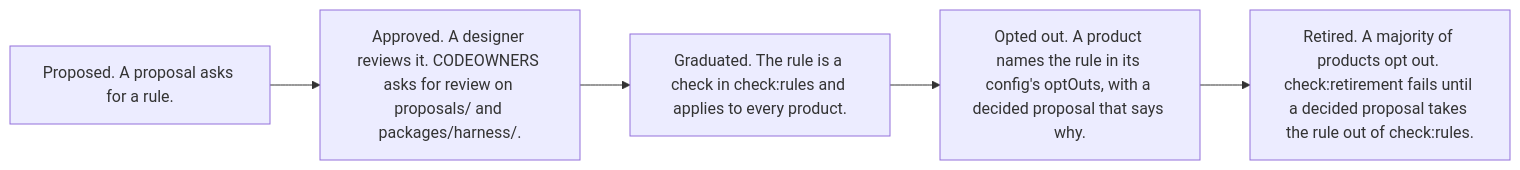
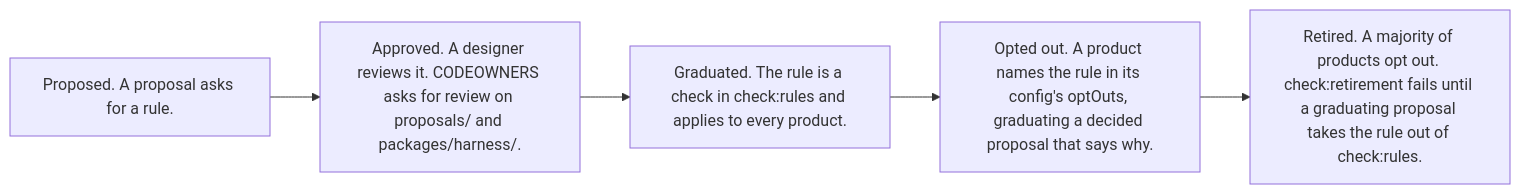
Before and after one commit to tounsoo/agent-design-loop: the fifth of 7 diagrams in packages/harness/docs/how-it-works.md, drawn with Mermaid. The commit also changed other lines of this file and 66 other files, not shown here.

````diff
--- a/packages/harness/docs/how-it-works.md
+++ b/packages/harness/docs/how-it-works.md
@@ -285,9 +288,9 @@
 ```mermaid
 flowchart LR
   proposed["Proposed. A proposal asks for a rule."]
   approved["Approved. A designer reviews it. CODEOWNERS asks for review on proposals/ and packages/harness/."]
   graduated["Graduated. The rule is a check in check:rules and applies to every product."]
-  optout["Opted out. A product names the rule in its config's optOuts, with a decided proposal that says why."]
-  retired["Retired. A majority of products opt out. check:retirement fails until a decided proposal takes the rule out of check:rules."]
+  optout["Opted out. A product names the rule in its config's optOuts, graduating a decided proposal that says why."]
+  retired["Retired. A majority of products opt out. check:retirement fails until a graduating proposal takes the rule out of check:rules."]
   proposed --> approved --> graduated --> optout --> retired
 ```
````
